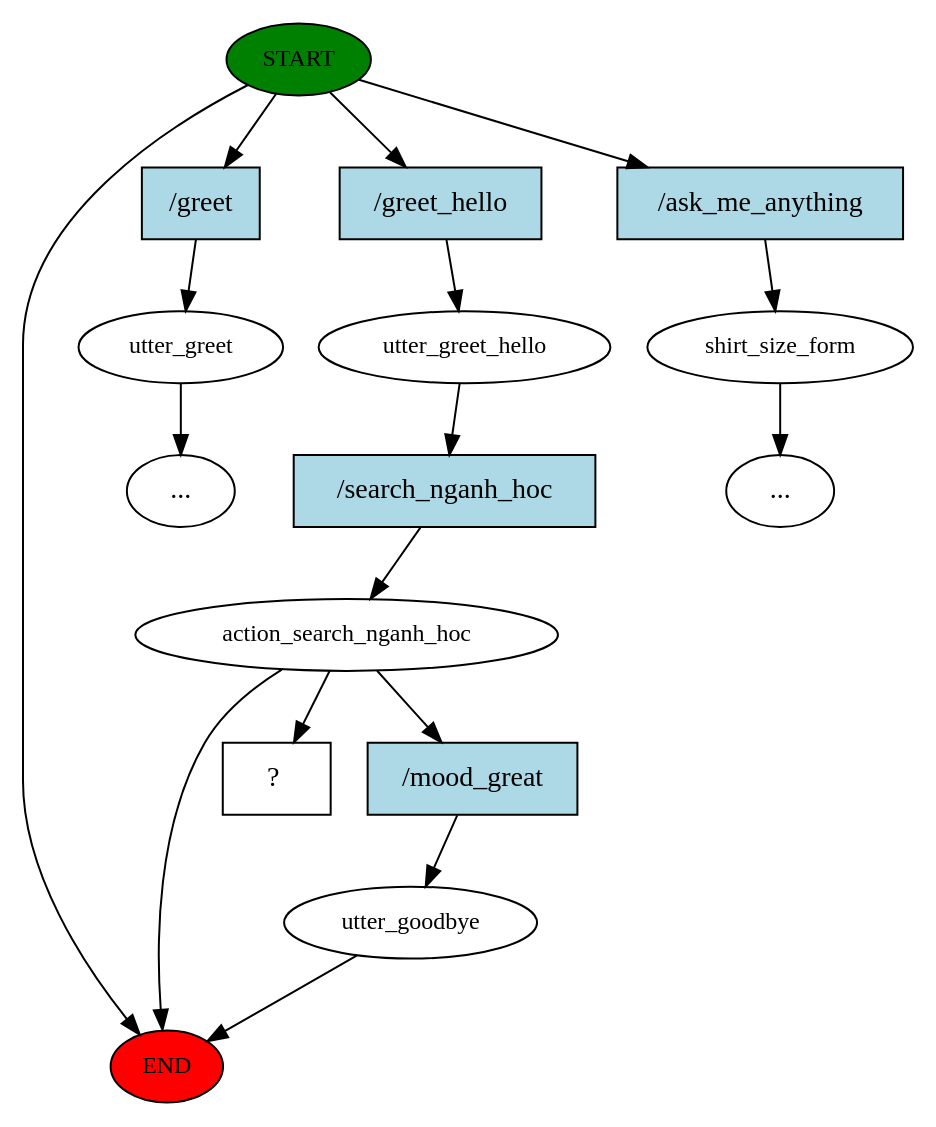
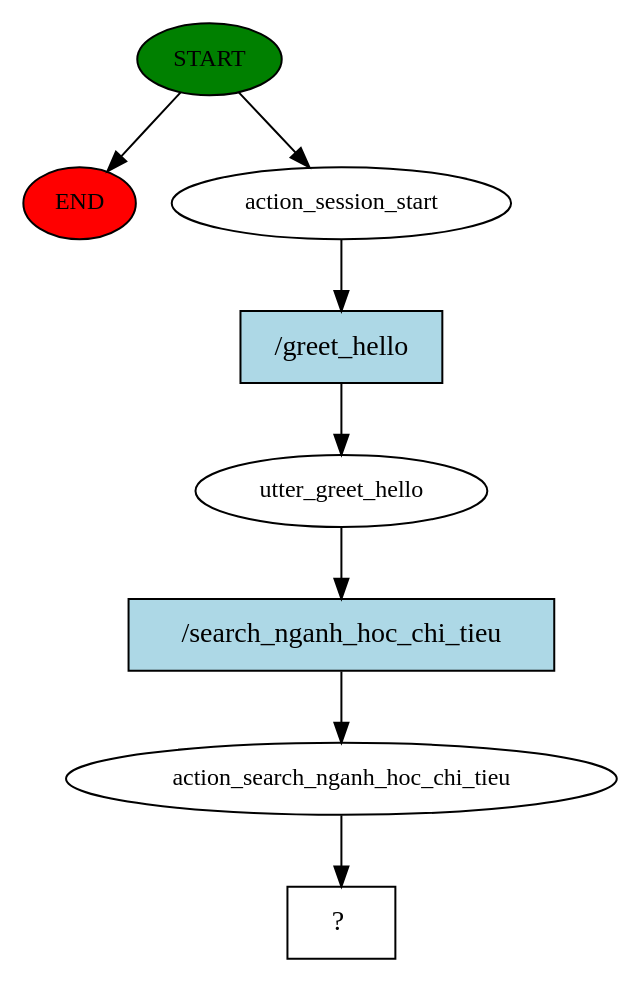
Before and after one commit to Baoan007/khoaluan_tranbaoan: the diagram in story_graph.dot, drawn with Graphviz. The commit also changed 15 other files, not shown here.

```diff
--- a/story_graph.dot
+++ b/story_graph.dot
@@ -1,33 +1,17 @@
 digraph  {
 0 [class="start active", fillcolor=green, fontsize=12, label=START, style=filled];
 "-1" [class=end, fillcolor=red, fontsize=12, label=END, style=filled];
-1 [class="", fontsize=12, label=utter_greet];
-"-5" [class=ellipsis, label="..."];
-4 [class=active, fontsize=12, label=utter_greet_hello];
-5 [class=active, fontsize=12, label=action_search_nganh_hoc];
-6 [class="", fontsize=12, label=utter_goodbye];
-7 [class="", fontsize=12, label=shirt_size_form];
-"-6" [class=ellipsis, label="..."];
-14 [class="intent dashed active", label="  ?  ", shape=rect];
-15 [class=intent, fillcolor=lightblue, label="/greet", shape=rect, style=filled];
-16 [class="intent active", fillcolor=lightblue, label="/greet_hello", shape=rect, style=filled];
-17 [class=intent, fillcolor=lightblue, label="/ask_me_anything", shape=rect, style=filled];
-18 [class="intent active", fillcolor=lightblue, label="/search_nganh_hoc", shape=rect, style=filled];
-19 [class=intent, fillcolor=lightblue, label="/mood_great", shape=rect, style=filled];
+1 [class=active, fontsize=12, label=action_session_start];
+2 [class=active, fontsize=12, label=utter_greet_hello];
+3 [class=active, fontsize=12, label=action_search_nganh_hoc_chi_tieu];
+4 [class="intent dashed active", label="  ?  ", shape=rect];
+5 [class="intent active", fillcolor=lightblue, label="/greet_hello", shape=rect, style=filled];
+6 [class="intent active", fillcolor=lightblue, label="/search_nganh_hoc_chi_tieu", shape=rect, style=filled];
 0 -> "-1"  [class="", key=NONE, label=""];
-0 -> 15  [class="", key=0];
-0 -> 16  [class=active, key=0];
-0 -> 17  [class="", key=0];
-1 -> "-5"  [class="", key=NONE, label=""];
-4 -> 18  [class=active, key=0];
-5 -> "-1"  [class="", key=NONE, label=""];
-5 -> 14  [class=active, key=NONE, label=""];
-5 -> 19  [class="", key=0];
-6 -> "-1"  [class="", key=NONE, label=""];
-7 -> "-6"  [class="", key=NONE, label=""];
-15 -> 1  [class="", key=0];
-16 -> 4  [class=active, key=0];
-17 -> 7  [class="", key=0];
-18 -> 5  [class=active, key=0];
-19 -> 6  [class="", key=0];
+0 -> 1  [class=active, key=NONE, label=""];
+1 -> 5  [class=active, key=0];
+2 -> 6  [class=active, key=0];
+3 -> 4  [class=active, key=NONE, label=""];
+5 -> 2  [class=active, key=0];
+6 -> 3  [class=active, key=0];
 }
```
